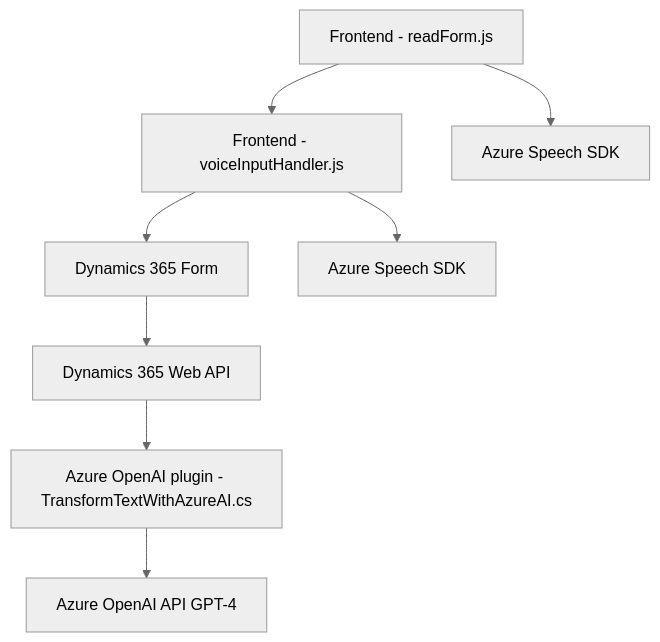
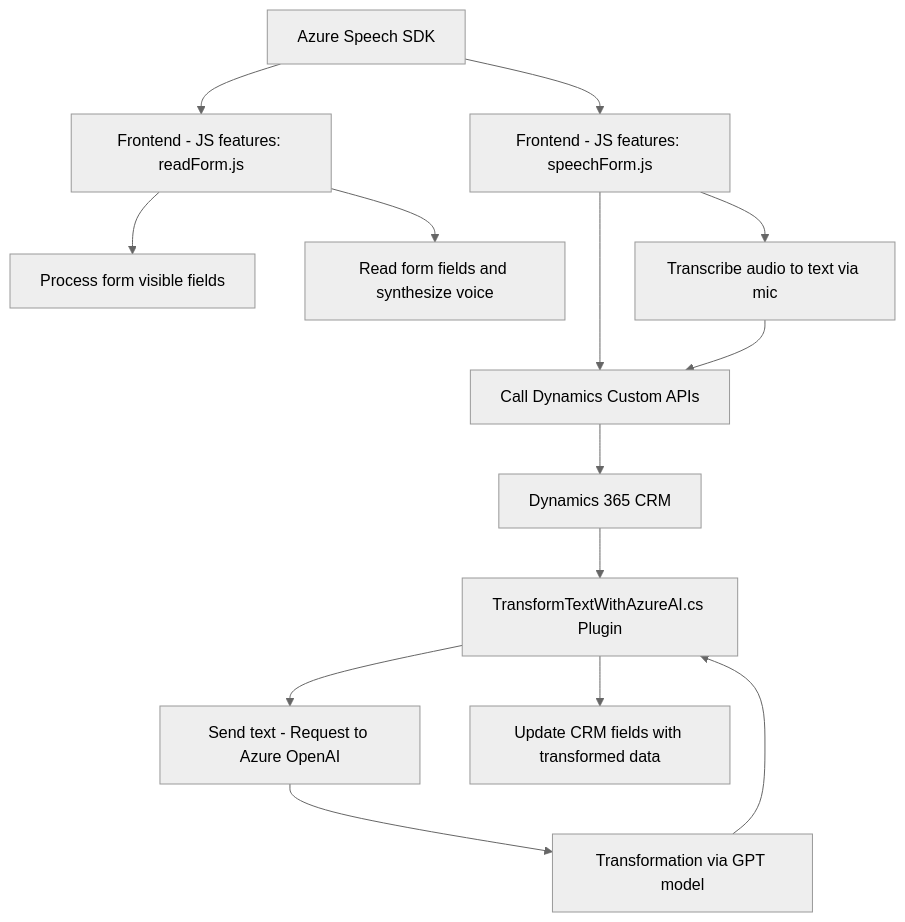
Before and after one commit to blopezdm/NETCORE_BILBAO2025: the diagram in README.md, drawn with Mermaid (neutral theme). The commit also changed other lines of this file, not shown here.

````diff
--- a/README.md
+++ b/README.md
@@ -47,10 +47,16 @@
 ```mermaid
 graph TD
-    A["Frontend - readForm.js"] --> B["Frontend - voiceInputHandler.js"]
-    B --> C["Dynamics 365 Form"]
-    C --> D["Dynamics 365 Web API"]
-    D --> E["Azure OpenAI plugin - TransformTextWithAzureAI.cs"]
-    E --> F["Azure OpenAI API GPT-4"]
-    B --> G["Azure Speech SDK"]
-    A --> H["Azure Speech SDK"]
+    A["Azure Speech SDK"] --> B["Frontend - JS features: readForm.js"]
+    B --> C["Process form visible fields"]
+    B --> D["Read form fields and synthesize voice"]
+    A --> E["Frontend - JS features: speechForm.js"]
+    E --> F["Transcribe audio to text via mic"]
+    E --> G["Call Dynamics Custom APIs"]
+    F --> G
+    G --> H["Dynamics 365 CRM"]
+    H --> I["TransformTextWithAzureAI.cs Plugin"]
+    I --> J["Send text - Request to Azure OpenAI"]
+    J --> K["Transformation via GPT model"]
+    K --> I
+    I --> L["Update CRM fields with transformed data"]
 ```
````
